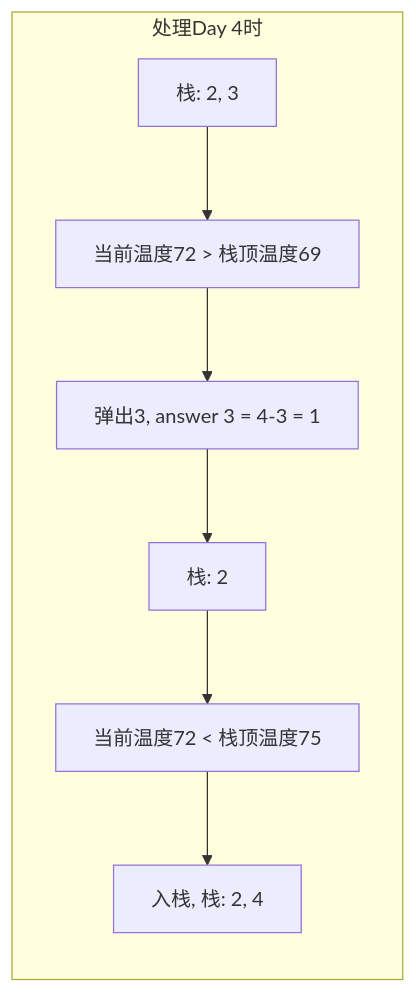
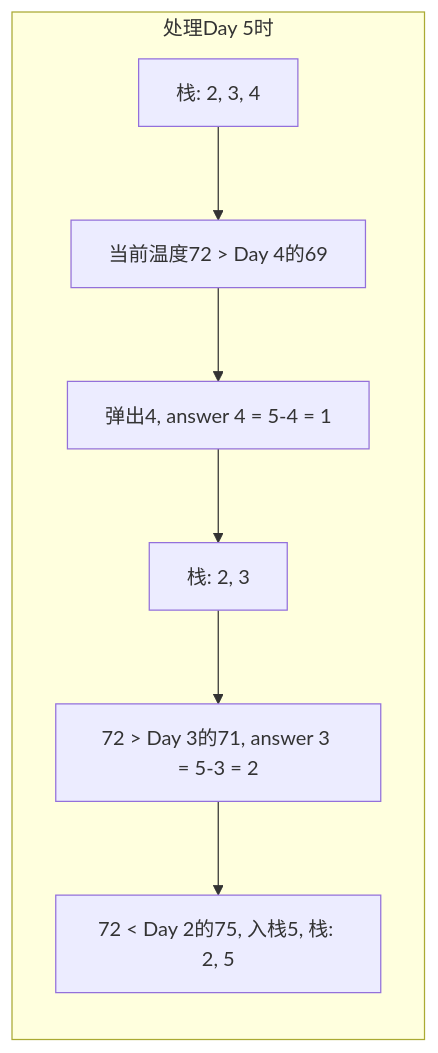
Before and after one commit to mlbo/cpp_learning: the third of 3 diagrams in week_03/day_17/README.md, drawn with Mermaid. The commit also changed other lines of this file and 675 other files, not shown here.

````diff
--- a/week_03/day_17/README.md
+++ b/week_03/day_17/README.md
@@ -201,10 +223,10 @@
 ```mermaid
 graph LR
-    subgraph "处理Day 4时"
-    A[栈: 2, 3] --> B["当前温度72 > 栈顶温度69"]
-    B --> C[弹出3, answer 3 = 4-3 = 1]
-    C --> D[栈: 2]
-    D --> E["当前温度72 < 栈顶温度75"]
-    E --> F[入栈, 栈: 2, 4]
+    subgraph "处理Day 5时"
+    A[栈: 2, 3, 4] --> B["当前温度72 > Day 4的69"]
+    B --> C["弹出4, answer 4 = 5-4 = 1"]
+    C --> D[栈: 2, 3]
+    D --> E["72 > Day 3的71, answer 3 = 5-3 = 2"]
+    E --> F["72 < Day 2的75, 入栈5, 栈: 2, 5"]
     end
 ```
````
